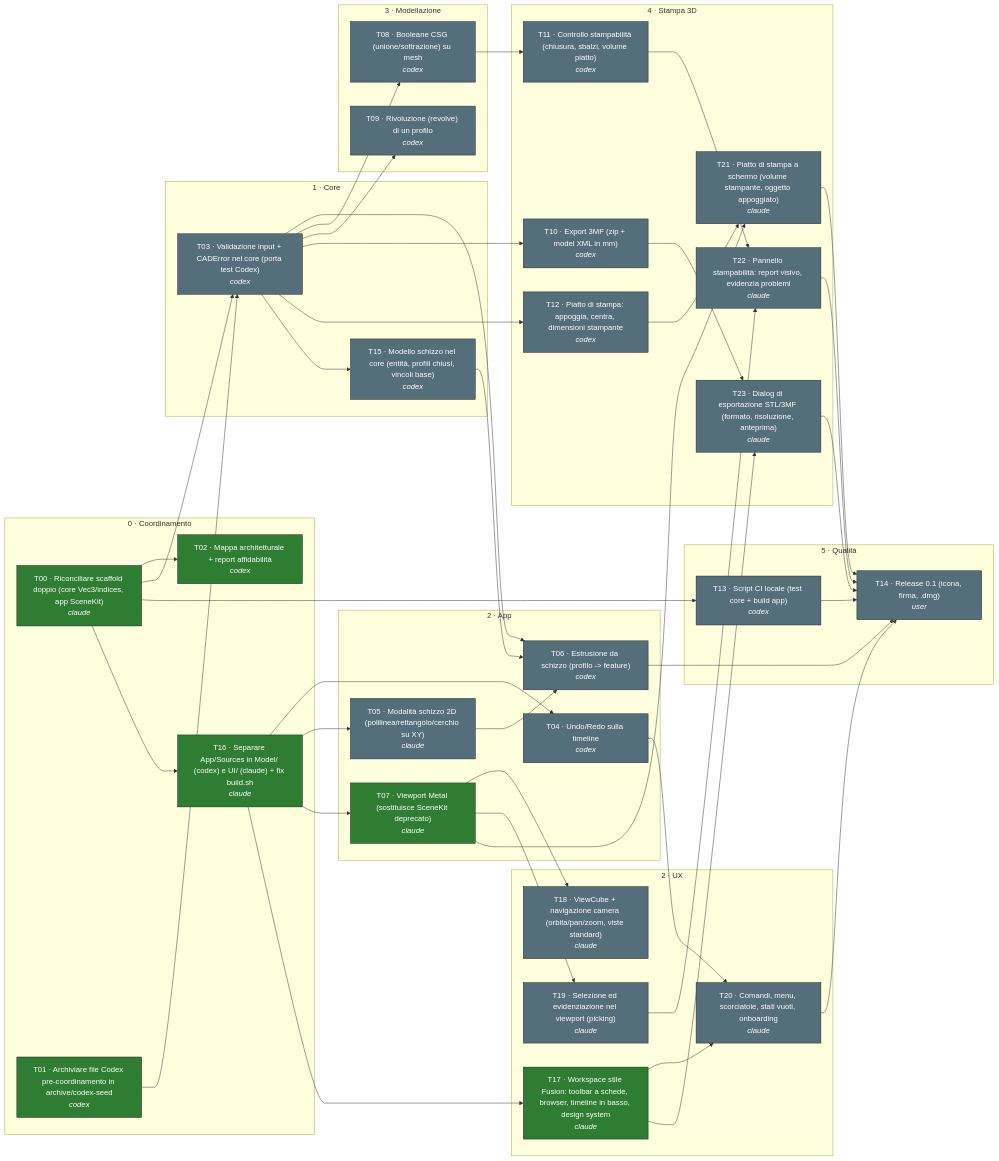
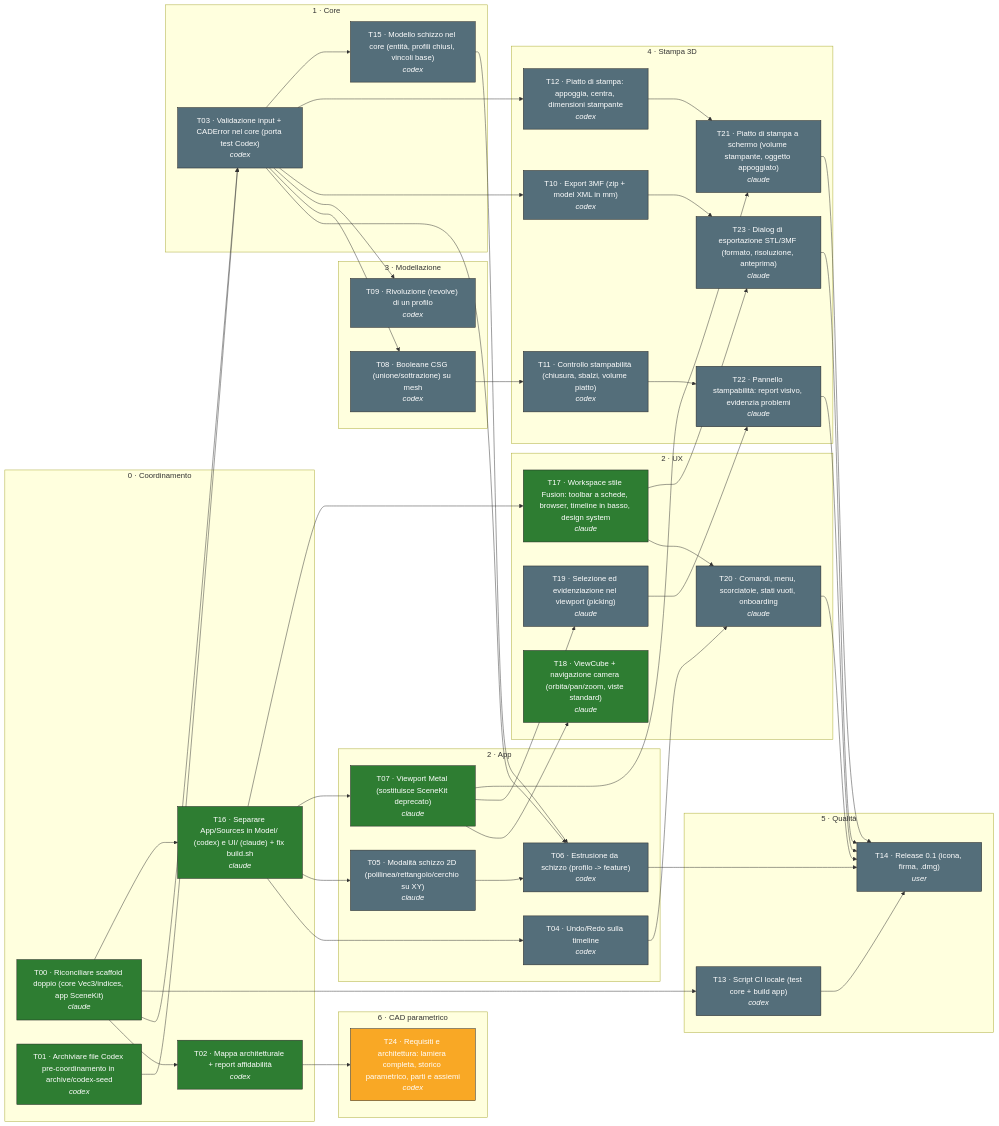
The diagram in docs/graph/GRAPH.md (t4k3/cad-takeoff), drawn with Mermaid before and after one commit. The commit also changed other lines of this file and 8 other files, not shown here.

Commit message:
[T18] ViewCube e animazioni camera

```diff
--- a/docs/graph/GRAPH.md
+++ b/docs/graph/GRAPH.md
@@ -40,9 +40,12 @@
   end
   subgraph P6["2 · UX"]
     T17["T17 · Workspace stile Fusion: toolbar a schede, browser, timeline in basso, design system<br/><i>claude</i>"]:::done
-    T18["T18 · ViewCube + navigazione camera (orbita/pan/zoom, viste standard)<br/><i>claude</i>"]:::todo
+    T18["T18 · ViewCube + navigazione camera (orbita/pan/zoom, viste standard)<br/><i>claude</i>"]:::done
     T19["T19 · Selezione ed evidenziazione nel viewport (picking)<br/><i>claude</i>"]:::todo
     T20["T20 · Comandi, menu, scorciatoie, stati vuoti, onboarding<br/><i>claude</i>"]:::todo
+  end
+  subgraph P7["6 · CAD parametrico"]
+    T24["T24 · Requisiti e architettura: lamiera completa, storico parametrico, parti e assiemi<br/><i>codex</i>"]:::in_progress
   end
   T00 --> T02
   T00 --> T03
@@ -78,6 +81,7 @@
   T19 --> T22
   T10 --> T23
   T17 --> T23
+  T02 --> T24
   classDef done fill:#2e7d32,color:#fff,stroke:#222
   classDef in_progress fill:#f9a825,color:#fff,stroke:#222
   classDef blocked fill:#c62828,color:#fff,stroke:#222
```
